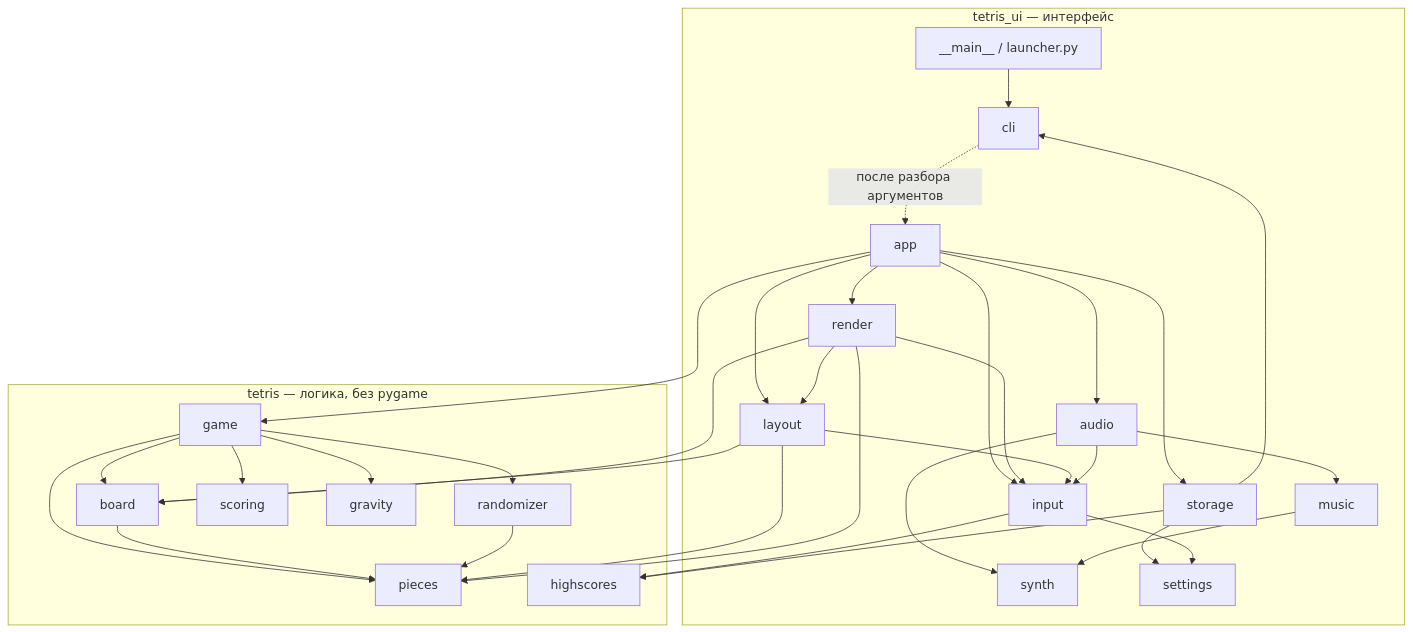
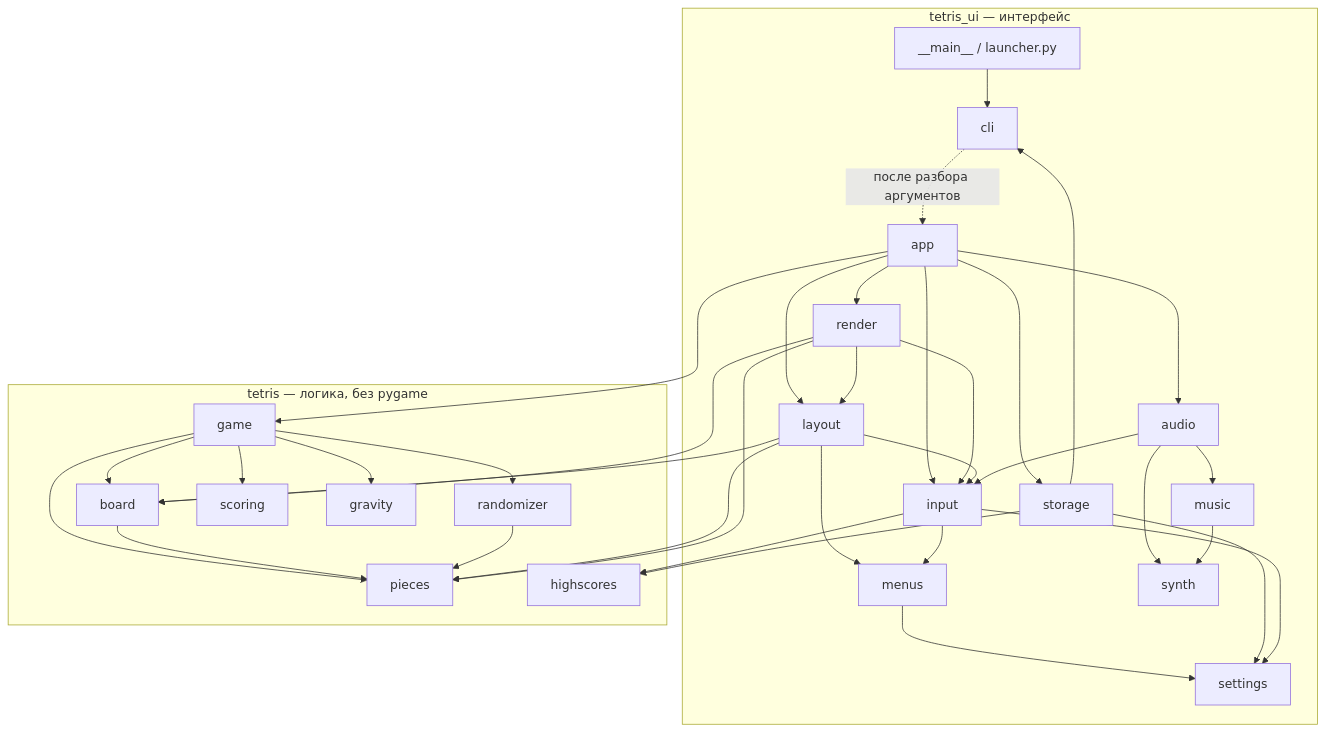
Before and after one commit to gadtakoi/tetris: the first of 3 diagrams in docs/architecture.md, drawn with Mermaid. The commit also changed other lines of this file and 37 other files, not shown here.

````diff
--- a/docs/architecture.md
+++ b/docs/architecture.md
@@ -14,25 +14,27 @@
 ```mermaid
 flowchart TB
     subgraph ui["tetris_ui — интерфейс"]
         main["__main__ / launcher.py"] --> cli
         cli -.->|"после разбора аргументов"| app
         app --> input & render & audio & storage & layout
         render --> layout & input
-        layout --> input
+        layout --> input & menus
+        input --> menus
+        menus --> settings
         audio --> synth & music & input
         music --> synth
         storage --> settings & cli
         input --> settings
     end
     subgraph logic["tetris — логика, без pygame"]
         game --> board & pieces & randomizer & scoring & gravity
         board --> pieces
         randomizer --> pieces
         highscores
     end
     app --> game
     input --> highscores
     storage --> highscores
     layout --> board & pieces
     render --> board & pieces
 ```
````
